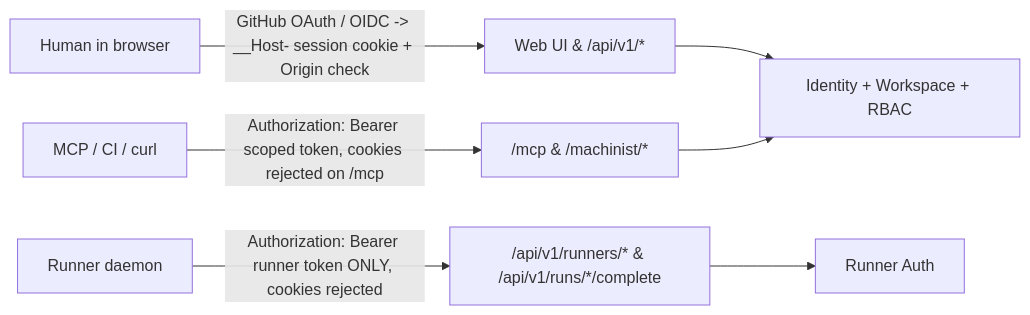
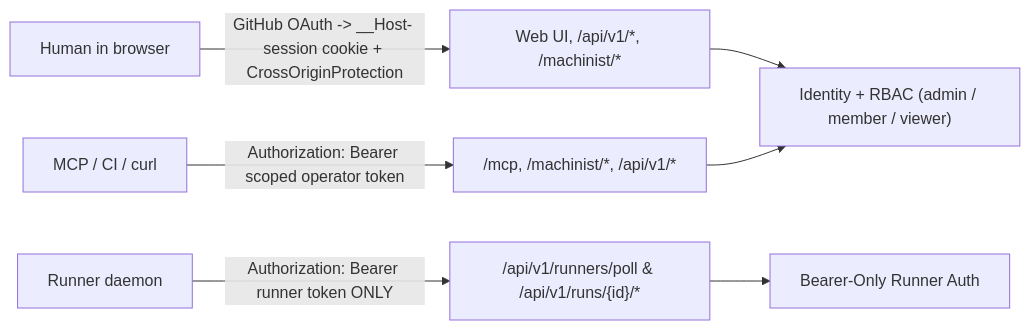
One commit to owainlewis/machinist changed the diagram in docs/designs/identity-and-access.md. Above: the diagram before and after it, drawn with Mermaid. The commit also changed other lines of this file and 2 other files, not shown here.

Commit message:
docs: reconcile Spec 1 (Focused v1) and Cloud Run spec against Goldfish review (ENG-216)

````diff
--- a/docs/designs/identity-and-access.md
+++ b/docs/designs/identity-and-access.md
@@ -75,9 +76,9 @@
 ```mermaid
 flowchart LR
-    Human[Human in browser] -->|GitHub OAuth / OIDC -> __Host- session cookie + Origin check| UI["Web UI & /api/v1/*"]
-    Bot[MCP / CI / curl] -->|Authorization: Bearer scoped token, cookies rejected on /mcp| API["/mcp & /machinist/*"]
-    Runner[Runner daemon] -->|Authorization: Bearer runner token ONLY, cookies rejected| RunAPI["/api/v1/runners/* & /api/v1/runs/*/complete"]
-    UI --> AuthZ["Identity + Workspace + RBAC"]
+    Human[Human in browser] -->|GitHub OAuth -> __Host- session cookie + CrossOriginProtection| UI["Web UI, /api/v1/*, /machinist/*"]
+    Bot[MCP / CI / curl] -->|Authorization: Bearer scoped operator token| API["/mcp, /machinist/*, /api/v1/*"]
+    Runner[Runner daemon] -->|Authorization: Bearer runner token ONLY| RunAPI["/api/v1/runners/poll & /api/v1/runs/{id}/*"]
+    UI --> AuthZ["Identity + RBAC (admin / member / viewer)"]
     API --> AuthZ
-    RunAPI --> RunnerAuth["Runner Auth"]
+    RunAPI --> RunnerAuth["Bearer-Only Runner Auth"]
 ```
````
